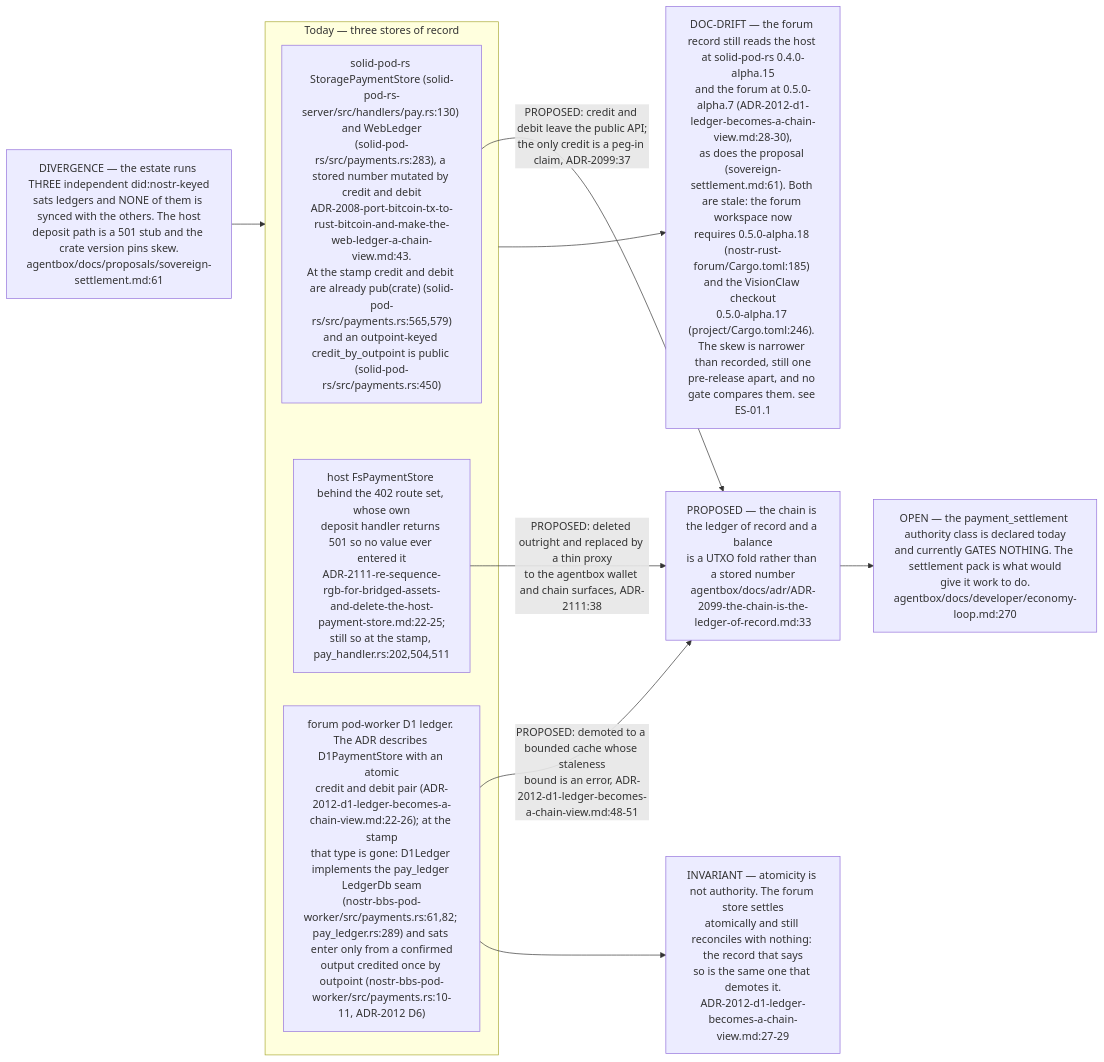
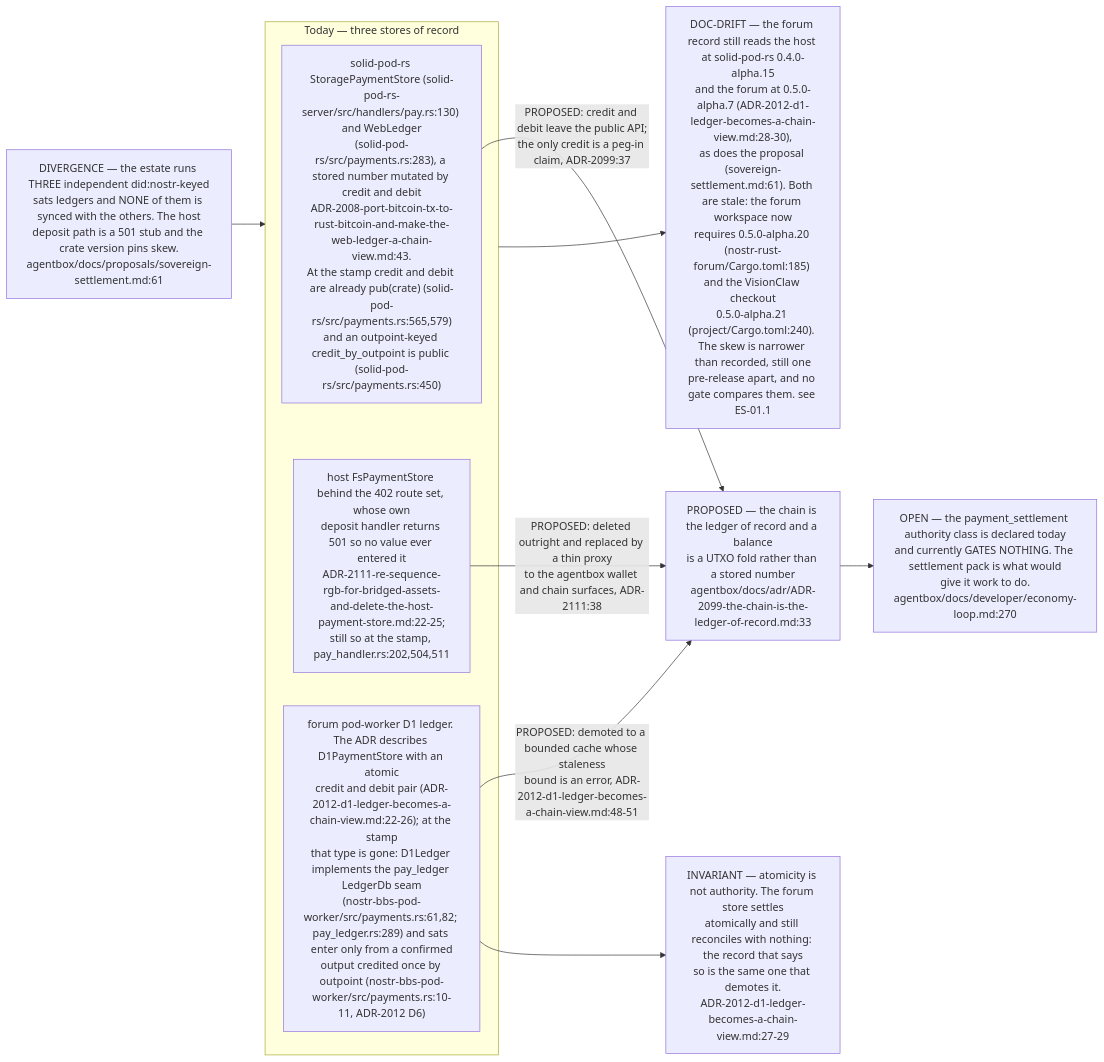
Before and after one commit to DreamLab-AI/VisionFlow: diagram 12 of 12 in docs/diagrams/estate/03-cross-repo-federation-contract.md, drawn with Mermaid. The commit also changed other lines of this file and 49 other files, not shown here.

First line of the commit message:
docs(diagrams): re-derive and re-stamp VisionClaw, estate, knowledge-graph, visionGraph, VisionFlow and sidestr topics

````diff
--- a/docs/diagrams/estate/03-cross-repo-federation-contract.md
+++ b/docs/diagrams/estate/03-cross-repo-federation-contract.md
@@ -512,25 +512,25 @@
 ```mermaid
 flowchart LR
     FACT["DIVERGENCE — the estate runs THREE independent did:nostr-keyed<br/>sats ledgers and NONE of them is synced with the others. The host<br/>deposit path is a 501 stub and the crate version pins skew.<br/>agentbox/docs/proposals/sovereign-settlement.md:61"]
 
     subgraph TODAY["Today — three stores of record"]
         L1["solid-pod-rs StoragePaymentStore (solid-pod-rs-server/src/handlers/pay.rs:130) and WebLedger<br/>(solid-pod-rs/src/payments.rs:283), a stored number mutated by credit and debit<br/>ADR-2008-port-bitcoin-tx-to-rust-bitcoin-and-make-the-web-ledger-a-chain-view.md:43.<br/>At the stamp credit and debit are already pub(crate) (solid-pod-rs/src/payments.rs:565,579)<br/>and an outpoint-keyed credit_by_outpoint is public (solid-pod-rs/src/payments.rs:450)"]
         L2["host FsPaymentStore behind the 402 route set, whose own<br/>deposit handler returns 501 so no value ever entered it<br/>ADR-2111-re-sequence-rgb-for-bridged-assets-and-delete-the-host-payment-store.md:22-25;<br/>still so at the stamp, pay_handler.rs:202,504,511"]
         L3["forum pod-worker D1 ledger. The ADR describes D1PaymentStore with an atomic<br/>credit and debit pair (ADR-2012-d1-ledger-becomes-a-chain-view.md:22-26); at the stamp<br/>that type is gone: D1Ledger implements the pay_ledger LedgerDb seam<br/>(nostr-bbs-pod-worker/src/payments.rs:61,82; pay_ledger.rs:289) and sats enter only from a confirmed<br/>output credited once by outpoint (nostr-bbs-pod-worker/src/payments.rs:10-11, ADR-2012 D6)"]
     end
     FACT --> TODAY
 
     CHAIN["PROPOSED — the chain is the ledger of record and a balance<br/>is a UTXO fold rather than a stored number<br/>agentbox/docs/adr/ADR-2099-the-chain-is-the-ledger-of-record.md:33"]
     L1 -->|"PROPOSED: credit and debit leave the public API;<br/>the only credit is a peg-in claim, ADR-2099:37"| CHAIN
     L2 -->|"PROPOSED: deleted outright and replaced by a thin proxy<br/>to the agentbox wallet and chain surfaces, ADR-2111:38"| CHAIN
     L3 -->|"PROPOSED: demoted to a bounded cache whose staleness<br/>bound is an error, ADR-2012-d1-ledger-becomes-a-chain-view.md:48-51"| CHAIN
 
     INV2["INVARIANT — atomicity is not authority. The forum store settles<br/>atomically and still reconciles with nothing: the record that says<br/>so is the same one that demotes it.<br/>ADR-2012-d1-ledger-becomes-a-chain-view.md:27-29"]
     L3 --> INV2
 
     GATE["OPEN — the payment_settlement authority class is declared today<br/>and currently GATES NOTHING. The settlement pack is what would<br/>give it work to do.<br/>agentbox/docs/developer/economy-loop.md:270"]
     CHAIN --> GATE
 
-    SKEW["DOC-DRIFT — the forum record still reads the host at solid-pod-rs 0.4.0-alpha.15<br/>and the forum at 0.5.0-alpha.7 (ADR-2012-d1-ledger-becomes-a-chain-view.md:28-30),<br/>as does the proposal (sovereign-settlement.md:61). Both are stale: the forum workspace now<br/>requires 0.5.0-alpha.18 (nostr-rust-forum/Cargo.toml:185) and the VisionClaw checkout<br/>0.5.0-alpha.17 (project/Cargo.toml:246). The skew is narrower than recorded, still one<br/>pre-release apart, and no gate compares them. see ES-01.1"]
+    SKEW["DOC-DRIFT — the forum record still reads the host at solid-pod-rs 0.4.0-alpha.15<br/>and the forum at 0.5.0-alpha.7 (ADR-2012-d1-ledger-becomes-a-chain-view.md:28-30),<br/>as does the proposal (sovereign-settlement.md:61). Both are stale: the forum workspace now<br/>requires 0.5.0-alpha.20 (nostr-rust-forum/Cargo.toml:185) and the VisionClaw checkout<br/>0.5.0-alpha.21 (project/Cargo.toml:240). The skew is narrower than recorded, still one<br/>pre-release apart, and no gate compares them. see ES-01.1"]
     TODAY --> SKEW
 ```
````
